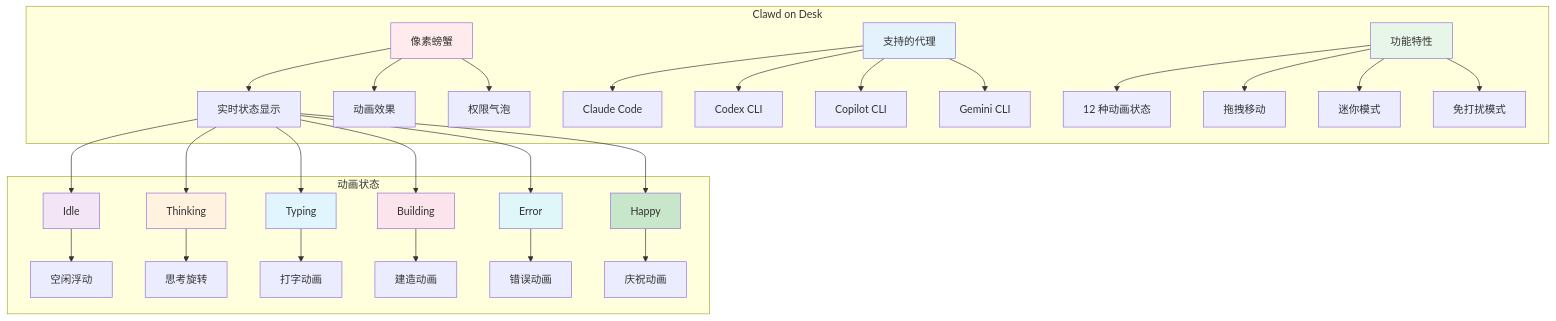
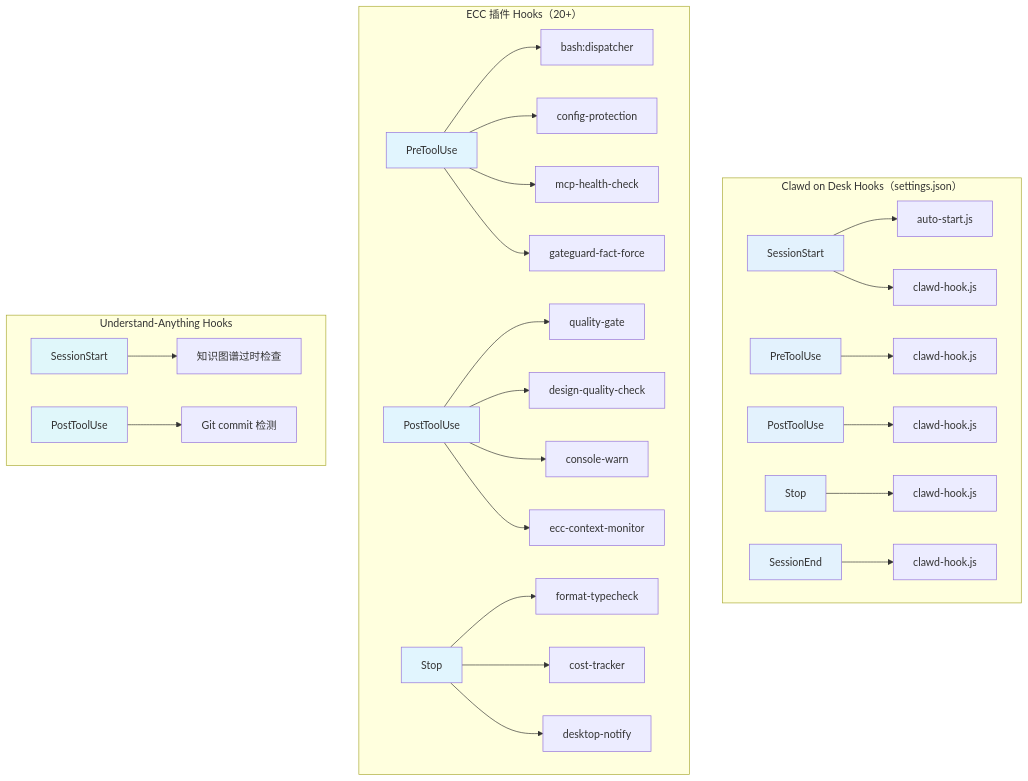
Before and after one commit to shuai-yemao/shuai-yemao-chip: the seventh of 9 diagrams in README.md, drawn with Mermaid. The commit also changed other lines of this file and 1 other file, not shown here.

Commit message:
docs: 更新配置和 README - 启用 Understand-Anything 插件 + 更新 Hooks 系统

````diff
--- a/README.md
+++ b/README.md
@@ -276,44 +288,41 @@
 ```mermaid
 graph TB
-    subgraph "Clawd on Desk"
-        A[像素螃蟹] --> A1[实时状态显示]
-        A --> A2[动画效果]
-        A --> A3[权限气泡]
-
-        B[支持的代理] --> B1[Claude Code]
-        B --> B2[Codex CLI]
-        B --> B3[Copilot CLI]
-        B --> B4[Gemini CLI]
-
-        C[功能特性] --> C1[12 种动画状态]
-        C --> C2[拖拽移动]
-        C --> C3[迷你模式]
-        C --> C4[免打扰模式]
+    subgraph "Clawd on Desk Hooks（settings.json）"
+        A[SessionStart] --> A1[auto-start.js]
+        A --> A2[clawd-hook.js]
+        B[PreToolUse] --> B1[clawd-hook.js]
+        C[PostToolUse] --> C1[clawd-hook.js]
+        D[Stop] --> D1[clawd-hook.js]
+        E[SessionEnd] --> E1[clawd-hook.js]
     end
 
-    subgraph "动画状态"
-        D[Idle] --> D1[空闲浮动]
-        E[Thinking] --> E1[思考旋转]
-        F[Typing] --> F1[打字动画]
-        G[Building] --> G1[建造动画]
-        H[Error] --> H1[错误动画]
-        I[Happy] --> I1[庆祝动画]
+    subgraph "ECC 插件 Hooks（20+）"
+        F[PreToolUse] --> F1[bash:dispatcher]
+        F --> F2[config-protection]
+        F --> F3[mcp-health-check]
+        F --> F4[gateguard-fact-force]
+        G[PostToolUse] --> G1[quality-gate]
+        G --> G2[design-quality-check]
+        G --> G3[console-warn]
+        G --> G4[ecc-context-monitor]
+        H[Stop] --> H1[format-typecheck]
+        H --> H2[cost-tracker]
+        H --> H3[desktop-notify]
     end
 
-    A1 --> D
-    A1 --> E
-    A1 --> F
-    A1 --> G
-    A1 --> H
-    A1 --> I
+    subgraph "Understand-Anything Hooks"
+        I[SessionStart] --> I1[知识图谱过时检查]
+        J[PostToolUse] --> J1[Git commit 检测]
+    end
 
-    style A fill:#ffebee
+    style A fill:#e3f2fd
     style B fill:#e3f2fd
-    style C fill:#e8f5e9
-    style D fill:#f3e5f5
-    style E fill:#fff3e0
+    style C fill:#e3f2fd
+    style D fill:#e3f2fd
+    style E fill:#e3f2fd
     style F fill:#e1f5fe
-    style G fill:#fce4ec
-    style H fill:#e0f7fa
-    style I fill:#c8e6c9
+    style G fill:#e1f5fe
+    style H fill:#e1f5fe
+    style I fill:#e0f7fa
+    style J fill:#e0f7fa
 ```
````
